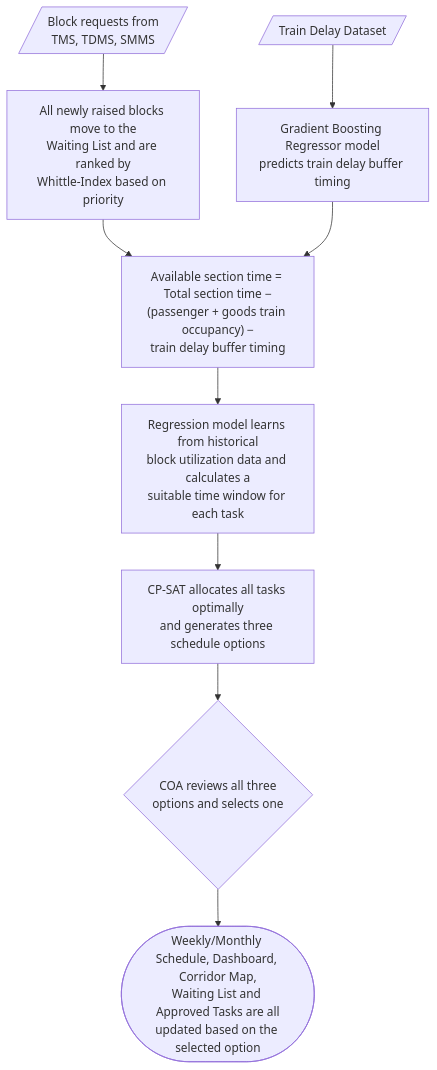
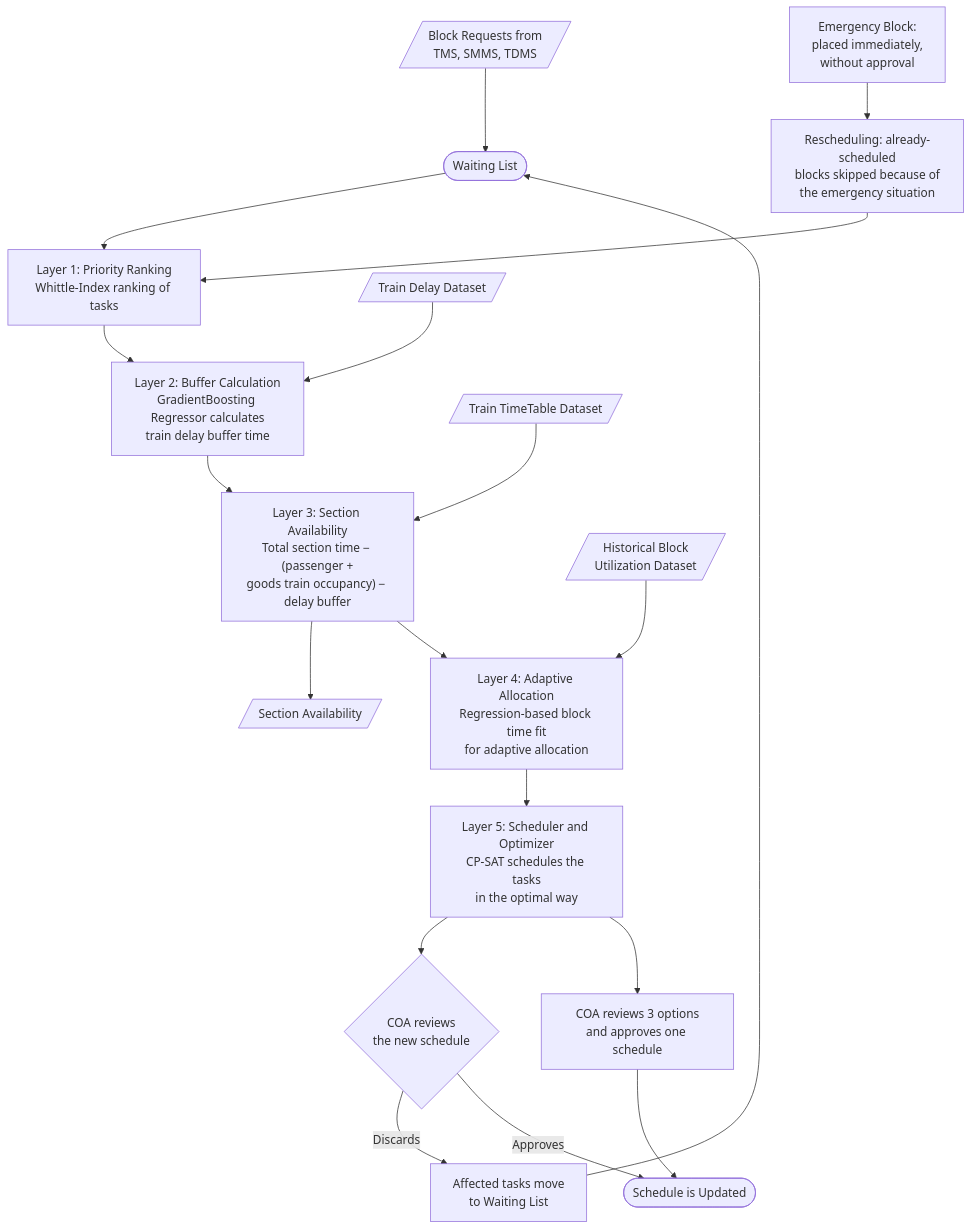
The diagram in README.md (sairam-s21/Cookies4U_SIH26027), drawn with Mermaid before and after one commit. The commit also changed other lines of this file, not shown here.

Commit message:
Replace README workflow diagrams with the updated unified PPT diagram

````diff
--- a/README.md
+++ b/README.md
@@ -53,20 +51,38 @@
 ```mermaid
 flowchart TD
-    D1[/"Block requests from<br/>TMS, TDMS, SMMS"/]
+    D1[/"Block Requests from<br/>TMS, SMMS, TDMS"/]
+    WL(["Waiting List"])
+    L1["Layer 1: Priority Ranking<br/>Whittle-Index ranking of tasks"]
     D2[/"Train Delay Dataset"/]
+    L2["Layer 2: Buffer Calculation<br/>GradientBoosting Regressor calculates<br/>train delay buffer time"]
+    D3[/"Train TimeTable Dataset"/]
+    L3["Layer 3: Section Availability<br/>Total section time − (passenger +<br/>goods train occupancy) − delay buffer"]
+    SA[/"Section Availability"/]
+    D4[/"Historical Block<br/>Utilization Dataset"/]
+    L4["Layer 4: Adaptive Allocation<br/>Regression-based block time fit<br/>for adaptive allocation"]
+    L5["Layer 5: Scheduler and Optimizer<br/>CP-SAT schedules the tasks<br/>in the optimal way"]
 
-    L1["All newly raised blocks move to the<br/>Waiting List and are ranked by<br/>Whittle-Index based on priority"]
-    L2["Gradient Boosting Regressor model<br/>predicts train delay buffer timing"]
-    L3["Available section time = Total section time −<br/>(passenger + goods train occupancy) −<br/>train delay buffer timing"]
-    L4["Regression model learns from historical<br/>block utilization data and calculates a<br/>suitable time window for each task"]
-    L5["CP-SAT allocates all tasks optimally<br/>and generates three schedule options"]
+    D1 --> WL --> L1
+    D2 --> L2
+    L1 --> L2
+    D3 --> L3
+    L2 --> L3
+    L3 --> SA
+    D4 --> L4
+    L3 --> L4
+    L4 --> L5
 
-    R{"COA reviews all three<br/>options and selects one"}
-    O(["Weekly/Monthly Schedule, Dashboard, Corridor Map,<br/>Waiting List and Approved Tasks are all<br/>updated based on the selected option"])
+    EB["Emergency Block:<br/>placed immediately,<br/>without approval"]
+    RS["Rescheduling: already-scheduled<br/>blocks skipped because of<br/>the emergency situation"]
+    CR{"COA reviews<br/>the new schedule"}
+    AT["Affected tasks move<br/>to Waiting List"]
+    CN["COA reviews 3 options<br/>and approves one schedule"]
+    SU(["Schedule is Updated"])
 
-    D1 --> L1
-    D2 --> L2
-    L1 --> L3
-    L2 --> L3
-    L3 --> L4 --> L5 --> R --> O
+    EB --> RS --> L1
+    L5 --> CR
+    L5 --> CN
+    CR -->|Discards| AT --> WL
+    CR -->|Approves| SU
+    CN --> SU
 ```
````
